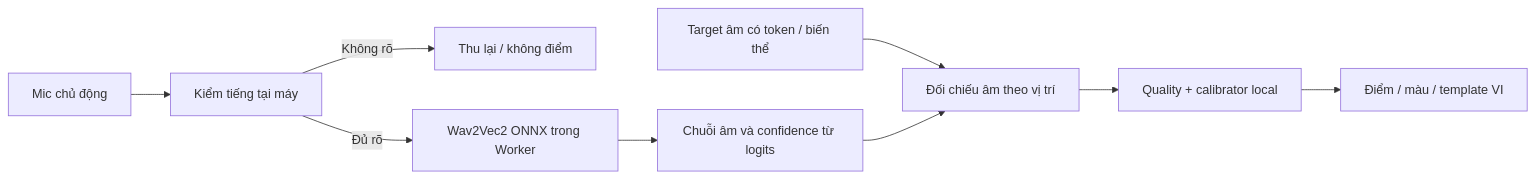
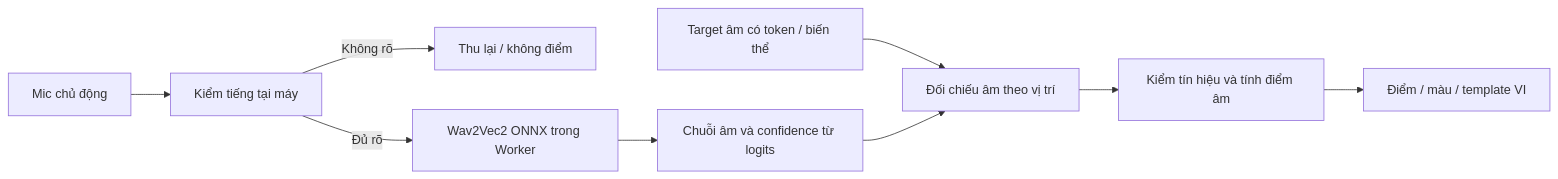
Before and after one commit to trudyan141/vocabularyNotes: the diagram in docs/15-speaking-practice.md, drawn with Mermaid. The commit also changed other lines of this file and 111 other files, not shown here.

````diff
--- a/docs/15-speaking-practice.md
+++ b/docs/15-speaking-practice.md
@@ -44,11 +47,11 @@
 ```mermaid
 flowchart LR
   R[Mic chủ động] --> Q[Kiểm tiếng tại máy]
   Q -->|Không rõ| N[Thu lại / không điểm]
   Q -->|Đủ rõ| P[Wav2Vec2 ONNX trong Worker]
   P --> A[Chuỗi âm và confidence từ logits]
   T[Target âm có token / biến thể] --> D[Đối chiếu âm theo vị trí]
   A --> D
-  D --> C[Quality + calibrator local]
+  D --> C[Kiểm tín hiệu và tính điểm âm]
   C --> U[Điểm / màu / template VI]
 ```
````
